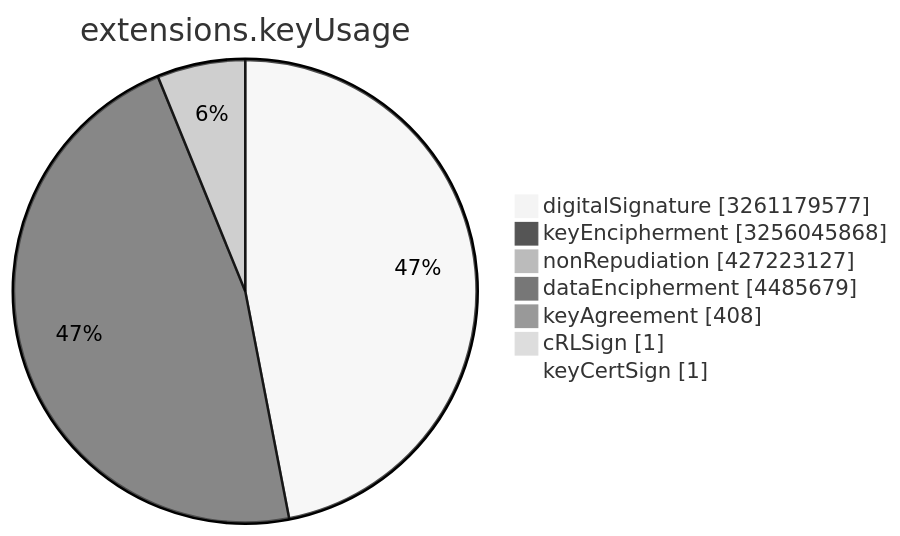
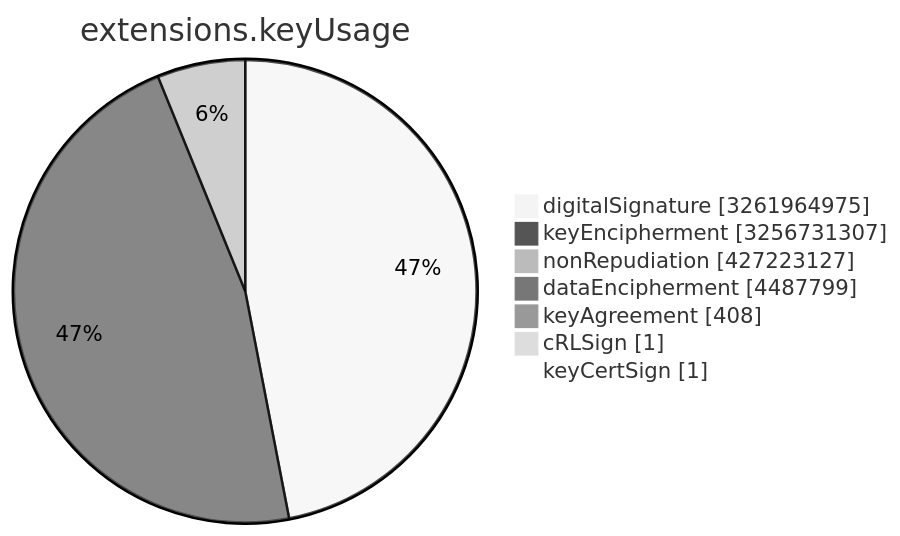
Before and after one commit to christiankrug/ctmonitor_visualization: the sixth of 15 diagrams in TOTAL/README.md, drawn with Mermaid (neutral theme). The commit also changed other lines of this file, not shown here.

````diff
--- a/TOTAL/README.md
+++ b/TOTAL/README.md
@@ -3078,11 +3078,11 @@
 ```mermaid
 pie showData
 title extensions.keyUsage
-"digitalSignature" :3261179577
-"keyEncipherment" :3256045868
+"digitalSignature" :3261964975
+"keyEncipherment" :3256731307
 "nonRepudiation" :427223127
-"dataEncipherment" :4485679
+"dataEncipherment" :4487799
 "keyAgreement" :408
 "cRLSign" :1
 "keyCertSign" :1
 ```
````
